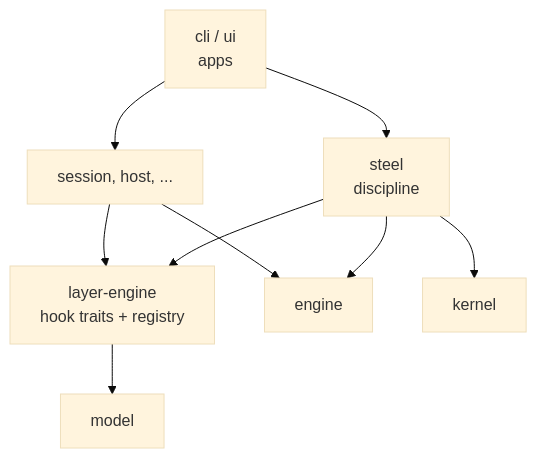
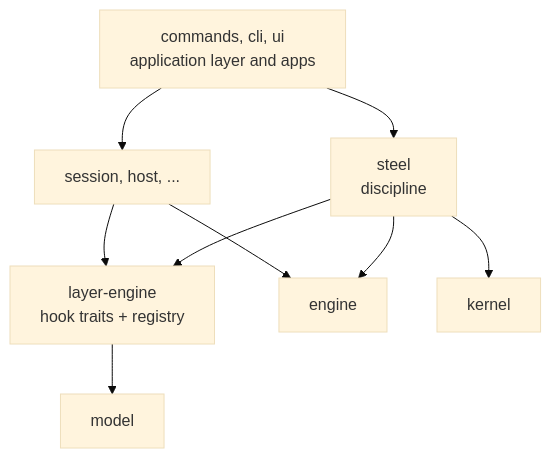
The second of 3 diagrams in docs/architecture.md (Apibim-com/BeamCraft), drawn with Mermaid (base theme) before and after one commit. The commit also changed other lines of this file and 160 other files, not shown here.

First line of the commit message:
refactor: move the application layer out of the CLI (#208) (#811)

````diff
--- a/docs/architecture.md
+++ b/docs/architecture.md
@@ -170,11 +178,11 @@
 ```mermaid
 flowchart TD
-    cli["cli / ui<br/>apps"] --> steel
+    cli["commands, cli, ui<br/>application layer and apps"] --> steel
     cli --> platform
     steel["steel<br/>discipline"] --> le
     steel --> engine
     steel --> kernel
     le["layer-engine<br/>hook traits + registry"] --> model
     platform["session, host, ..."] --> le
     platform --> engine
 ```
````
